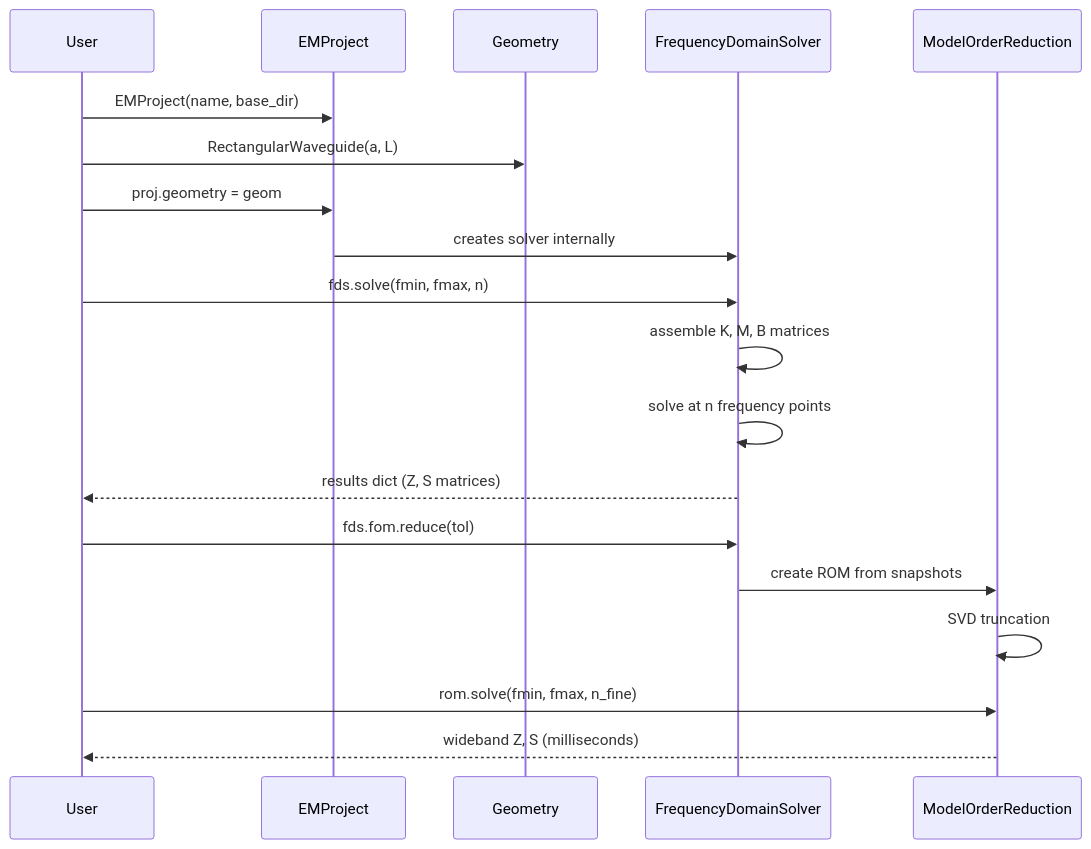
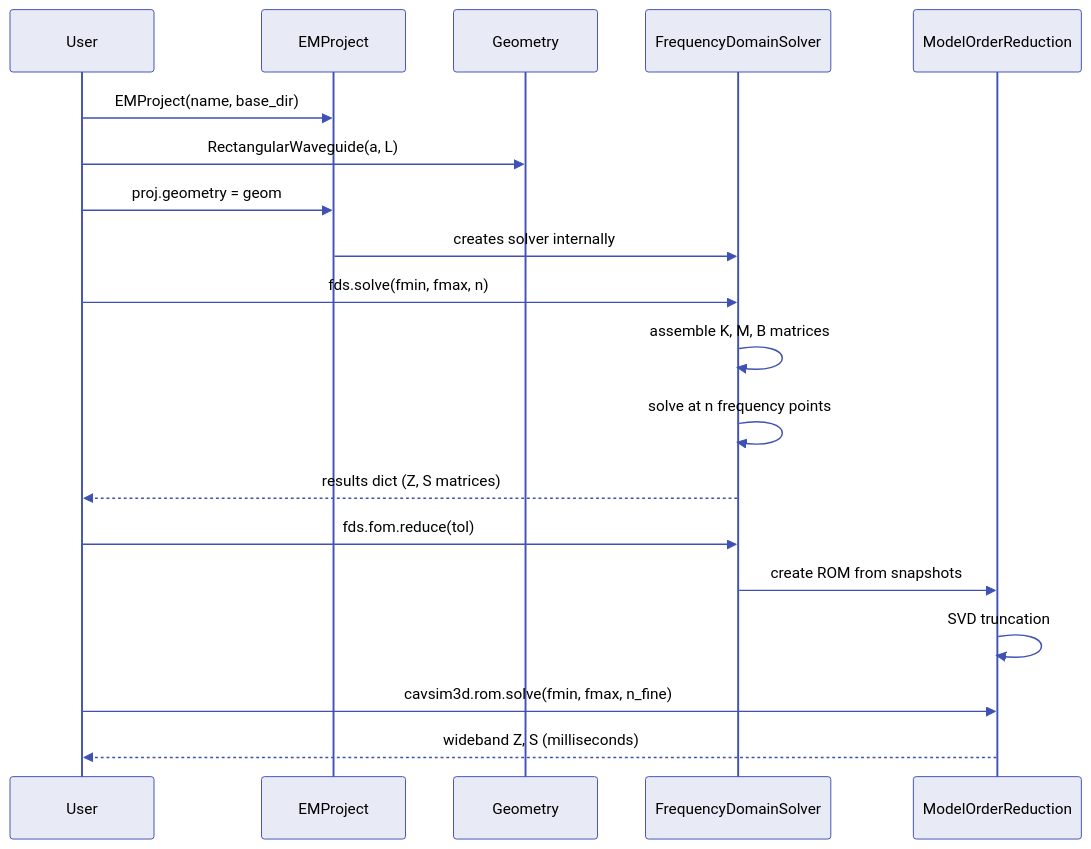
One commit to Dark-Elektron/cavsim3d changed the fifth of 6 diagrams in docs/architecture.md. Above: the diagram before and after it, drawn with Mermaid. The commit also changed other lines of this file and 189 other files, not shown here.

````diff
--- a/docs/architecture.md
+++ b/docs/architecture.md
@@ -117,22 +123,23 @@
 ```mermaid
+%%{init: {'theme': 'base', 'themeVariables': {'fontSize': '13px', 'actorBkg': '#e8eaf6', 'actorBorder': '#3f51b5', 'actorTextColor': '#000', 'signalColor': '#3f51b5', 'signalTextColor': '#000', 'labelBoxBkgColor': '#e8eaf6', 'labelBoxBorderColor': '#3f51b5', 'labelTextColor': '#000', 'loopTextColor': '#000', 'noteBkgColor': '#fff9c4', 'noteBorderColor': '#f9a825', 'noteTextColor': '#000', 'activationBkgColor': '#c5cae9', 'activationBorderColor': '#3f51b5', 'sequenceNumberColor': '#fff'}}}%%
 sequenceDiagram
     participant User
     participant EMProject
     participant Geometry
     participant FDS as FrequencyDomainSolver
     participant MOR as ModelOrderReduction
 
     User->>EMProject: EMProject(name, base_dir)
     User->>Geometry: RectangularWaveguide(a, L)
     User->>EMProject: proj.geometry = geom
     EMProject->>FDS: creates solver internally
     User->>FDS: fds.solve(fmin, fmax, n)
     FDS->>FDS: assemble K, M, B matrices
     FDS->>FDS: solve at n frequency points
     FDS-->>User: results dict (Z, S matrices)
     User->>FDS: fds.fom.reduce(tol)
     FDS->>MOR: create ROM from snapshots
     MOR->>MOR: SVD truncation
-    User->>MOR: rom.solve(fmin, fmax, n_fine)
+    User->>MOR: cavsim3d.rom.solve(fmin, fmax, n_fine)
     MOR-->>User: wideband Z, S (milliseconds)
 ```
````
